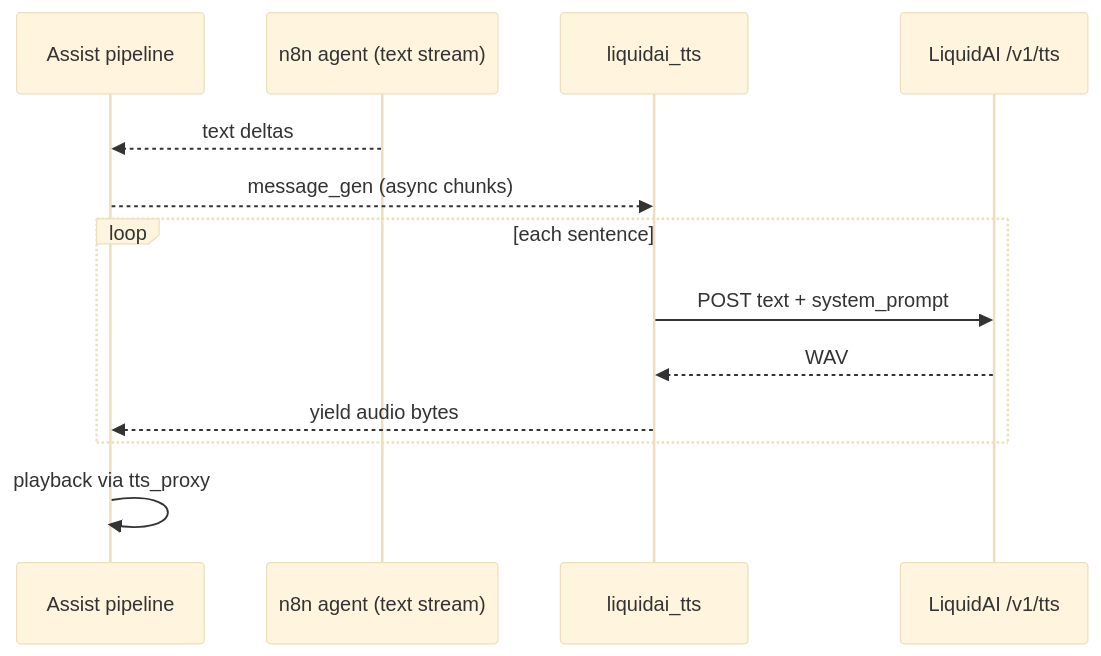
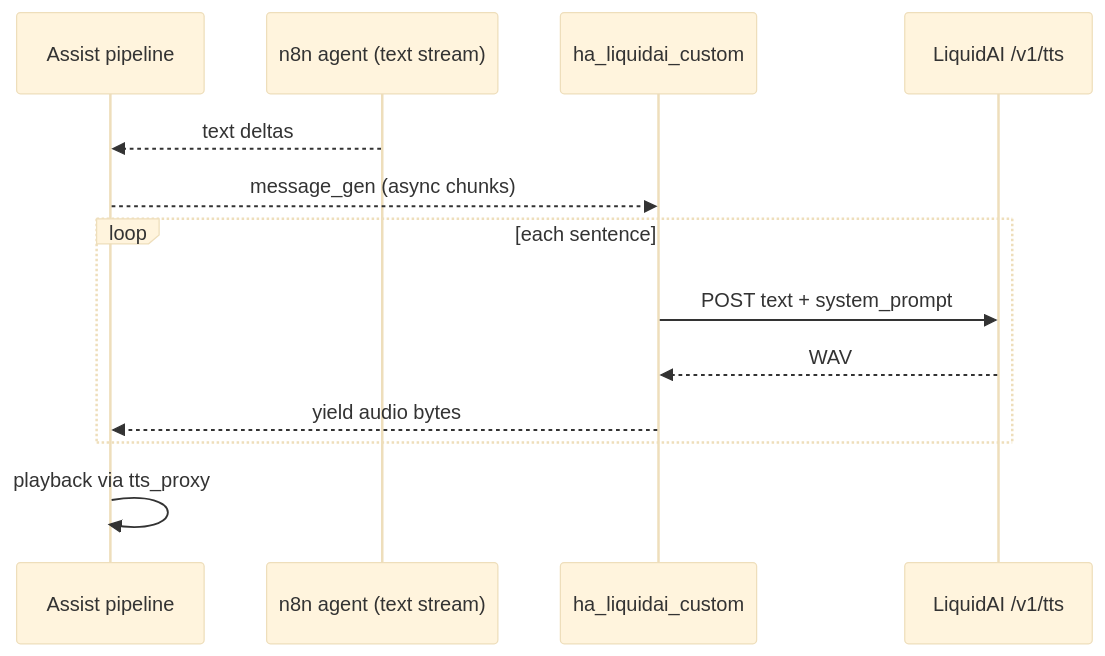
One commit to holger81/ha_liquidai changed the second of 2 diagrams in PLAN.md. Above: the diagram before and after it, drawn with Mermaid (base theme). The commit also changed other lines of this file and 15 other files, not shown here.

First line of the commit message:
Rename integration domain to ha_liquidai_custom.

````diff
--- a/PLAN.md
+++ b/PLAN.md
@@ -56,16 +56,16 @@
 ```mermaid
 sequenceDiagram
   participant Pipe as Assist pipeline
   participant Agent as n8n agent (text stream)
-  participant TTS as liquidai_tts
+  participant TTS as ha_liquidai_custom
   participant LAI as LiquidAI /v1/tts
 
   Agent-->>Pipe: text deltas
   Pipe-->>TTS: message_gen (async chunks)
   loop each sentence
     TTS->>LAI: POST text + system_prompt
     LAI-->>TTS: WAV
     TTS-->>Pipe: yield audio bytes
   end
   Pipe->>Pipe: playback via tts_proxy
 ```
````
